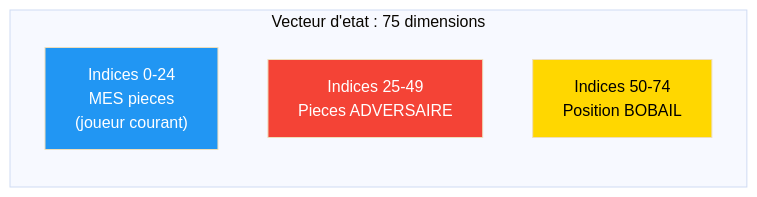
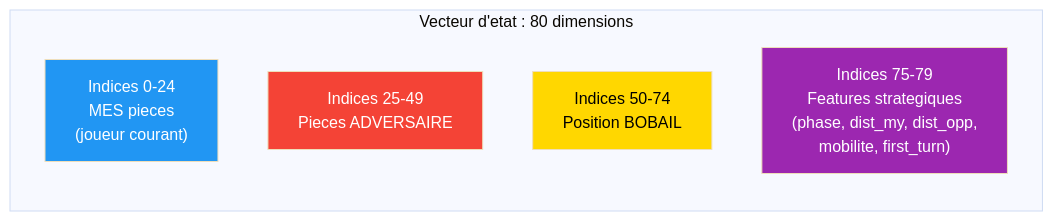
One commit to brandthn/reinforcement-learning-gameplay-esgi changed the fourth of 6 diagrams in docs/gameplay/state_encoding.md. Above: the diagram before and after it, drawn with Mermaid (base theme). The commit also changed other lines of this file and 429 other files, not shown here.

````diff
--- a/docs/gameplay/state_encoding.md
+++ b/docs/gameplay/state_encoding.md
@@ -173,12 +173,14 @@
 ```mermaid
 graph LR
-    subgraph "Vecteur d'etat : 75 dimensions"
+    subgraph "Vecteur d'etat : 80 dimensions"
         A["Indices 0-24<br/>MES pieces<br/>(joueur courant)"]
         B["Indices 25-49<br/>Pieces ADVERSAIRE"]
         C["Indices 50-74<br/>Position BOBAIL"]
+        D["Indices 75-79<br/>Features strategiques<br/>(phase, dist_my, dist_opp,<br/>mobilite, first_turn)"]
     end
 
     style A fill:#2196F3,color:#fff
     style B fill:#F44336,color:#fff
     style C fill:#FFD700,color:#000
+    style D fill:#9C27B0,color:#fff
 ```
````
